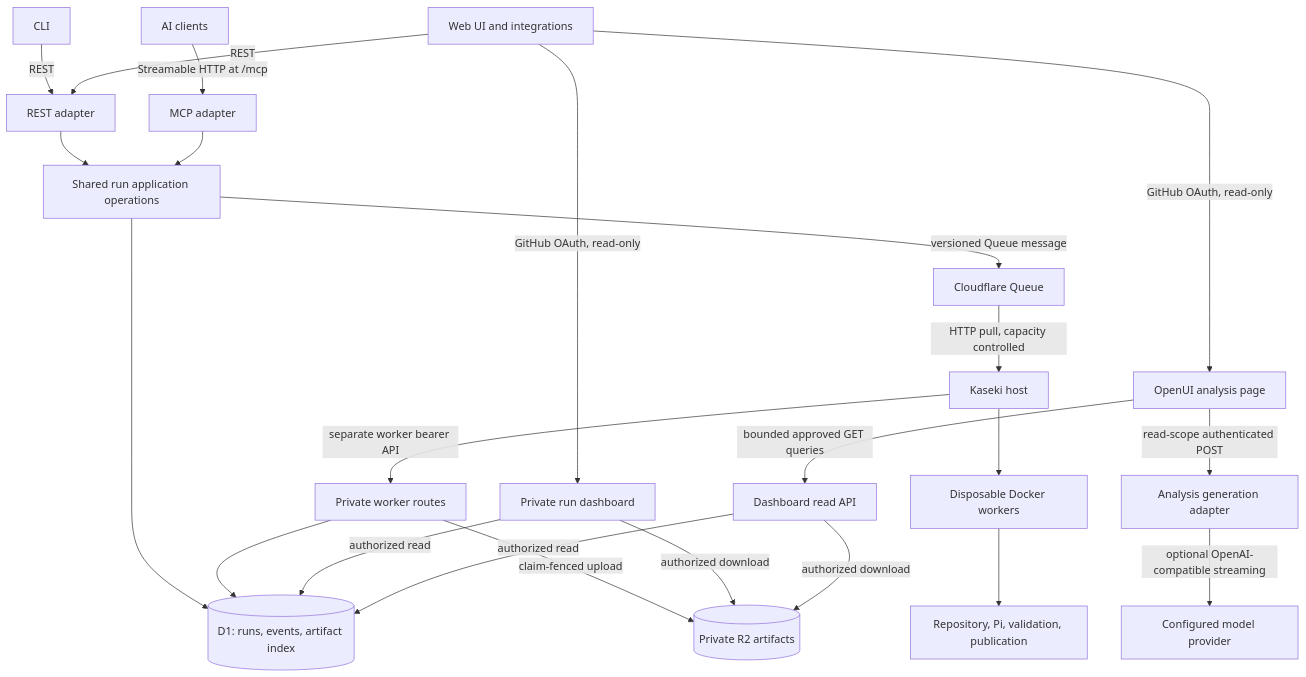
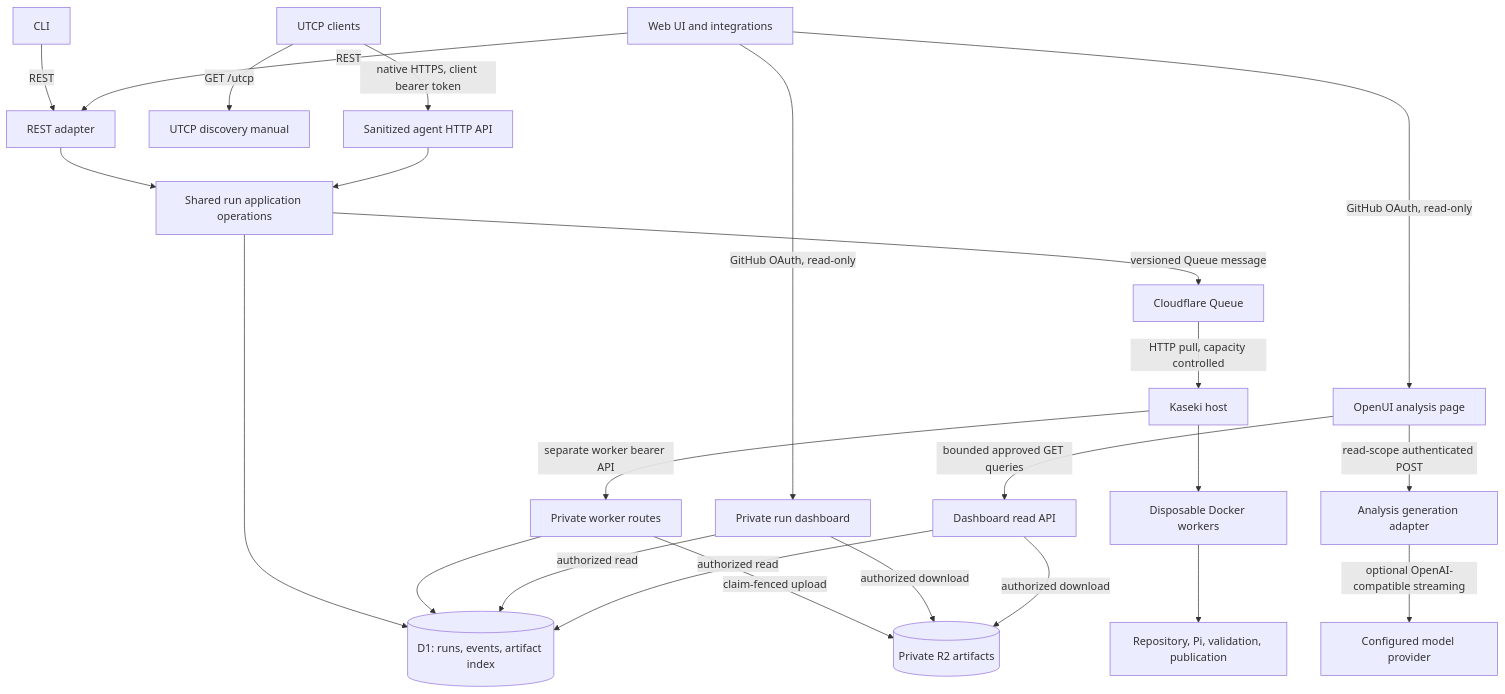
Before and after one commit to CyanAutomation/soyuz: the first of 2 diagrams in docs/ARCHITECTURE.md, drawn with Mermaid. The commit also changed other lines of this file and 30 other files, not shown here.

Commit message:
Replace MCP with UTCP agent interface

````diff
--- a/docs/ARCHITECTURE.md
+++ b/docs/ARCHITECTURE.md
@@ -3,25 +3,26 @@
 ```mermaid
 flowchart TD
     CLI[CLI] -->|REST| REST[REST adapter]
     UI[Web UI and integrations] -->|REST| REST
     UI -->|GitHub OAuth, read-only| Dashboard[Private run dashboard]
     UI -->|GitHub OAuth, read-only| Analysis[OpenUI analysis page]
     Analysis -->|bounded approved GET queries| DashboardApi[Dashboard read API]
     Analysis -->|read-scope authenticated POST| Generation[Analysis generation adapter]
     Generation -->|optional OpenAI-compatible streaming| Provider[Configured model provider]
-    AI[AI clients] -->|Streamable HTTP at /mcp| MCP[MCP adapter]
+    AI[UTCP clients] -->|GET /utcp| Manual[UTCP discovery manual]
+    AI -->|native HTTPS, client bearer token| AgentApi[Sanitized agent HTTP API]
     REST --> App[Shared run application operations]
-    MCP --> App
+    AgentApi --> App
     App --> D1[(D1: runs, events, artifact index)]
     App -->|versioned Queue message| Q[Cloudflare Queue]
     Q -->|HTTP pull, capacity controlled| K[Kaseki host]
     K -->|separate worker bearer API| Worker[Private worker routes]
     Worker --> D1
     Worker -->|claim-fenced upload| R2[(Private R2 artifacts)]
     Dashboard -->|authorized read| D1
     Dashboard -->|authorized download| R2
     DashboardApi -->|authorized read| D1
     DashboardApi -->|authorized download| R2
     K --> Docker[Disposable Docker workers]
     Docker --> Repo[Repository, Pi, validation, publication]
 ```
````
